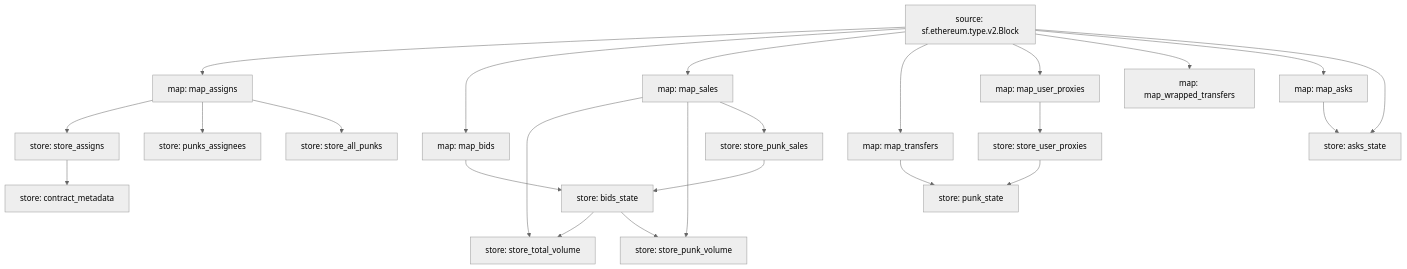
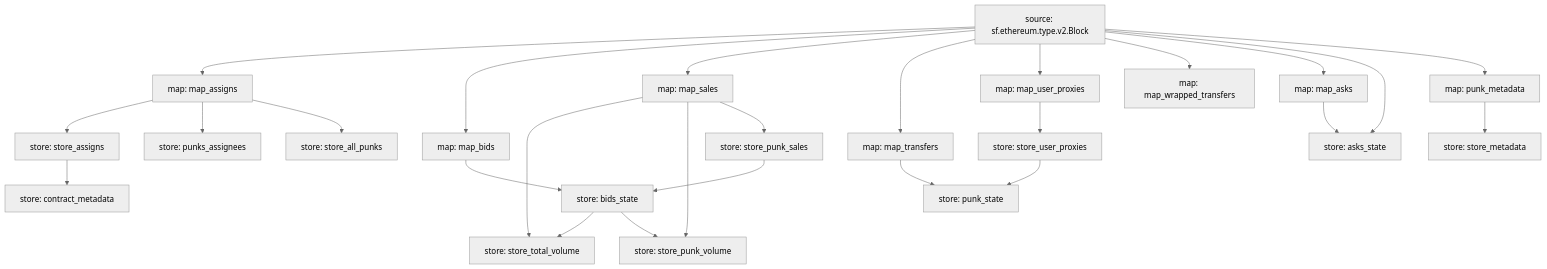
The diagram in README.md (itsjerryokolo/cryptopunks_substreams), drawn with Mermaid (neutral theme) before and after one commit. The commit also changed 3 other files, not shown here.

Commit message:
store punk metadata, clean up code

````diff
--- a/README.md
+++ b/README.md
@@ -4,44 +4,48 @@
 ```mermaid
 graph TD;
   map_assigns[map: map_assigns]
   sf.ethereum.type.v2.Block[source: sf.ethereum.type.v2.Block] --> map_assigns
   store_assigns[store: store_assigns]
   map_assigns --> store_assigns
   punks_assignees[store: punks_assignees]
   map_assigns --> punks_assignees
   map_bids[map: map_bids]
   sf.ethereum.type.v2.Block[source: sf.ethereum.type.v2.Block] --> map_bids
   bids_state[store: bids_state]
   map_bids --> bids_state
   store_punk_sales --> bids_state
   store_all_punks[store: store_all_punks]
   map_assigns --> store_all_punks
   store_total_volume[store: store_total_volume]
   map_sales --> store_total_volume
   bids_state --> store_total_volume
   store_punk_volume[store: store_punk_volume]
   map_sales --> store_punk_volume
   bids_state --> store_punk_volume
   store_punk_sales[store: store_punk_sales]
   map_sales --> store_punk_sales
   map_sales[map: map_sales]
   sf.ethereum.type.v2.Block[source: sf.ethereum.type.v2.Block] --> map_sales
   map_transfers[map: map_transfers]
   sf.ethereum.type.v2.Block[source: sf.ethereum.type.v2.Block] --> map_transfers
   punk_state[store: punk_state]
   map_transfers --> punk_state
   store_user_proxies --> punk_state
   map_user_proxies[map: map_user_proxies]
   sf.ethereum.type.v2.Block[source: sf.ethereum.type.v2.Block] --> map_user_proxies
   map_wrapped_transfers[map: map_wrapped_transfers]
   sf.ethereum.type.v2.Block[source: sf.ethereum.type.v2.Block] --> map_wrapped_transfers
   store_user_proxies[store: store_user_proxies]
   map_user_proxies --> store_user_proxies
   map_asks[map: map_asks]
   sf.ethereum.type.v2.Block[source: sf.ethereum.type.v2.Block] --> map_asks
   asks_state[store: asks_state]
   map_asks --> asks_state
   sf.ethereum.type.v2.Block[source: sf.ethereum.type.v2.Block] --> asks_state
   contract_metadata[store: contract_metadata]
   store_assigns --> contract_metadata
+  punk_metadata[map: punk_metadata]
+  sf.ethereum.type.v2.Block[source: sf.ethereum.type.v2.Block] --> punk_metadata
+  store_metadata[store: store_metadata]
+  punk_metadata --> store_metadata
 ```
````
